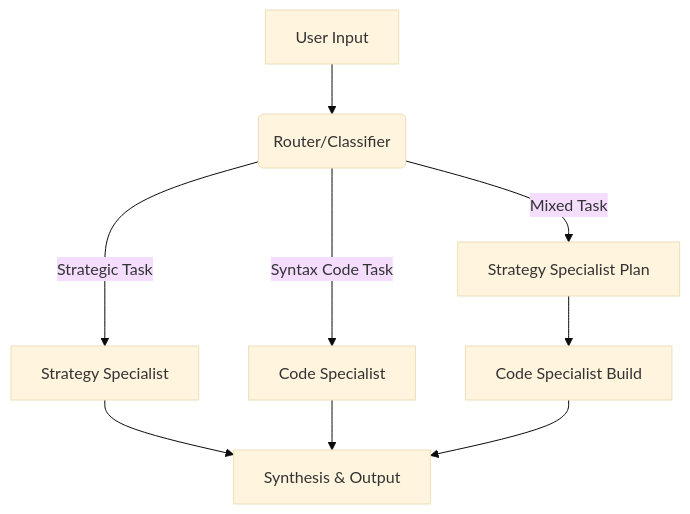
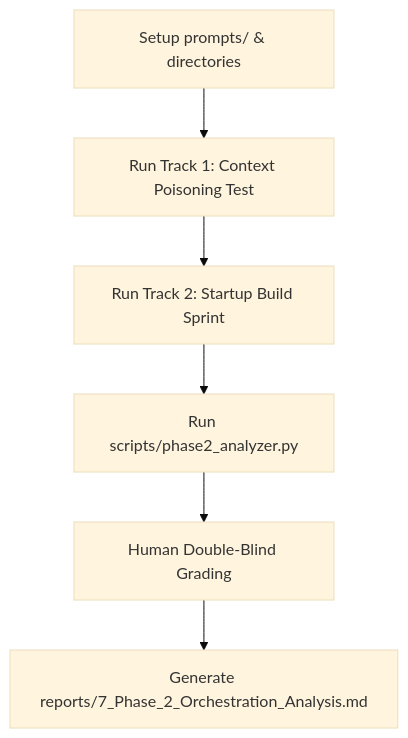
One commit to 1J6K21/F4b13-5-4-Antigravity changed the diagram in phase_2/Phase_2_Experimental_Design.md. Above: the diagram before and after it, drawn with Mermaid (base theme). The commit also changed other lines of this file and 203 other files, not shown here.

````diff
--- a/phase_2/Phase_2_Experimental_Design.md
+++ b/phase_2/Phase_2_Experimental_Design.md
@@ -60,11 +104,8 @@
 ```mermaid
 graph TD
-    A[User Input] --> B(Router/Classifier)
-    B -->|Strategic Task| C[Strategy Specialist]
-    B -->|Syntax Code Task| D[Code Specialist]
-    B -->|Mixed Task| E[Strategy Specialist Plan]
-    E --> F[Code Specialist Build]
-    C --> G[Synthesis & Output]
-    D --> G
-    F --> G
+    A[Setup prompts/ & directories] --> B[Run Track 1: Context Poisoning Test]
+    B --> C[Run Track 2: Startup Build Sprint]
+    C --> D[Run scripts/phase2_analyzer.py]
+    D --> E[Human Double-Blind Grading]
+    E --> F[Generate reports/7_Phase_2_Orchestration_Analysis.md]
 ```
````
